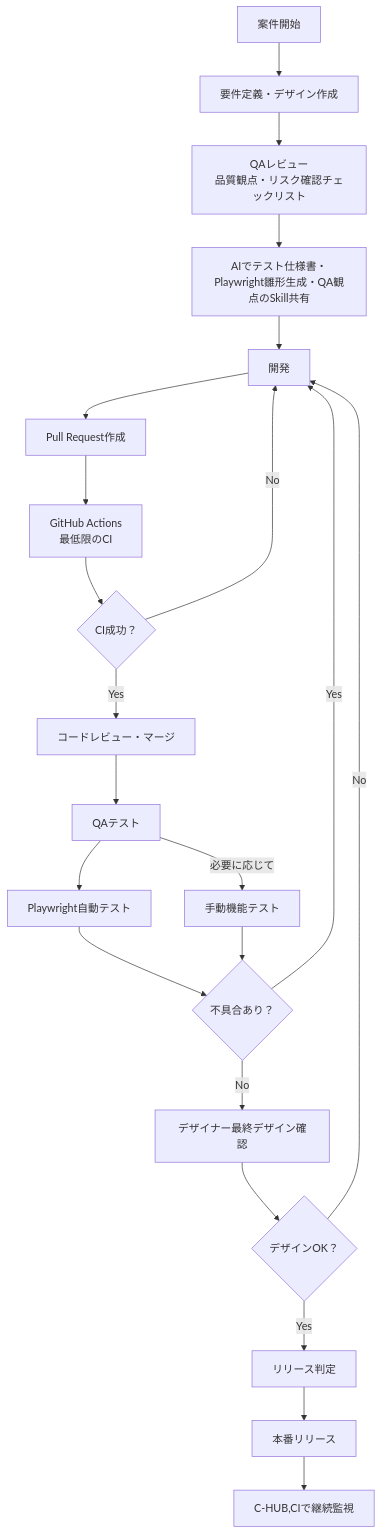
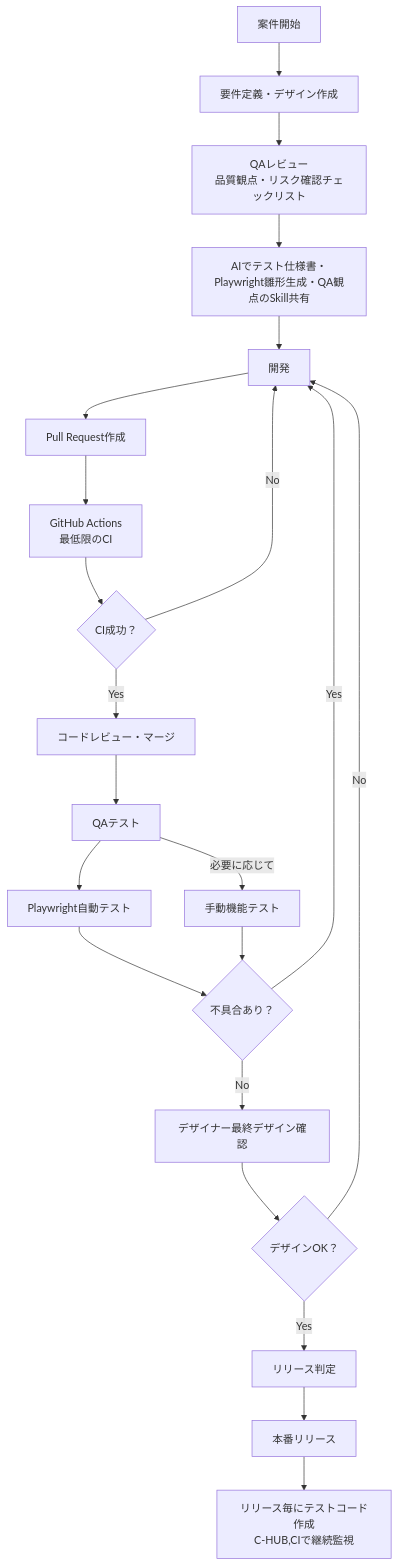
One commit to kamoshicka/ShiftLeft changed the diagram in テスト設計/デザイナーフロー.md. Above: the diagram before and after it, drawn with Mermaid.

Commit message:
fix: フロー加筆

````diff
--- a/テスト設計/デザイナーフロー.md
+++ b/テスト設計/デザイナーフロー.md
@@ -1,37 +1,37 @@
 ```mermaid
 flowchart TD
     A[案件開始]
 
     A --> B[要件定義・デザイン作成]
     B --> C[QAレビュー<br/>品質観点・リスク確認チェックリスト]
 
     C --> D[AIでテスト仕様書・Playwright雛形生成・QA観点のSkill共有]
 
     D --> E[開発]
     E --> F[Pull Request作成]
 
     F --> G[GitHub Actions<br/>最低限のCI]
     G --> H{CI成功？}
 
     H -- No --> E
     H -- Yes --> I[コードレビュー・マージ]
 
     I --> J[QAテスト]
 
     J --> J1[Playwright自動テスト]
     J -- 必要に応じて --> J2[手動機能テスト]
 
     J1 --> K{不具合あり？}
     J2 --> K{不具合あり？}
 
     K -- Yes --> E
     K -- No --> L[デザイナー最終デザイン確認]
 
     L --> M{デザインOK？}
 
     M -- No --> E
     M -- Yes --> N[リリース判定]
 
     N --> O[本番リリース]
-    O --> P[C-HUB,CIで継続監視]
+    O --> P[リリース毎にテストコード作成<br/>C-HUB,CIで継続監視]
 ```
````
